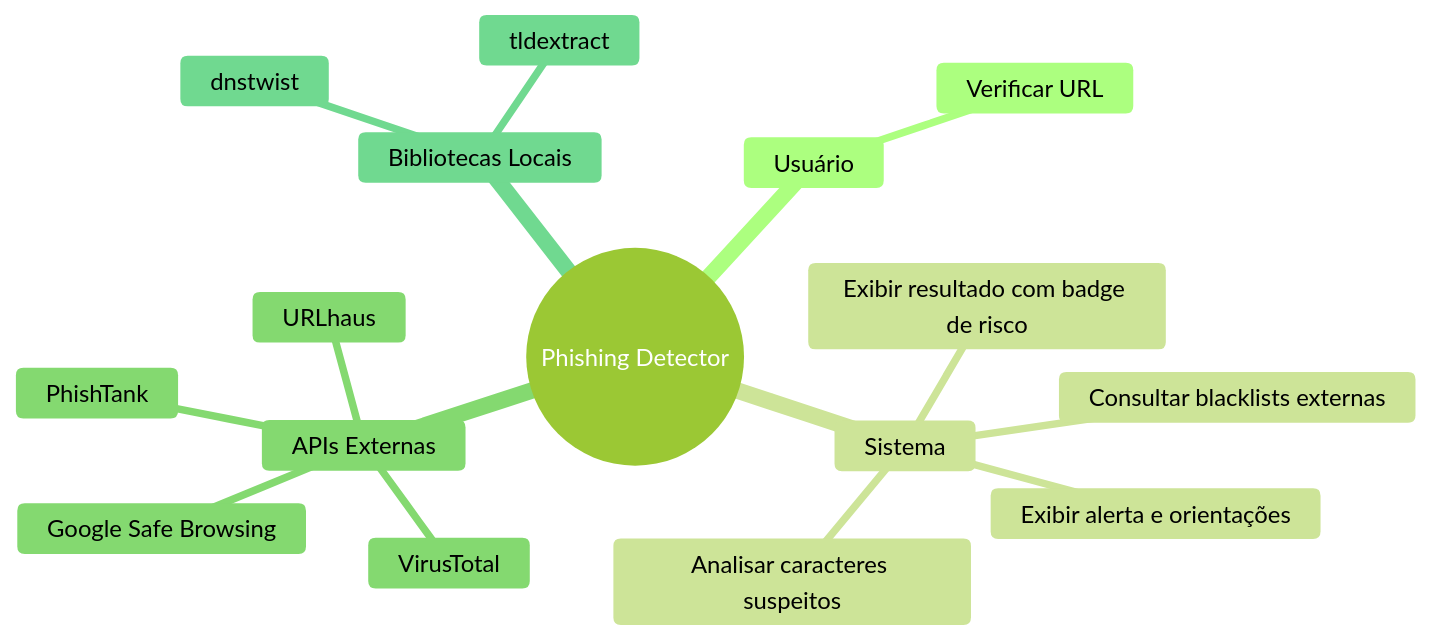
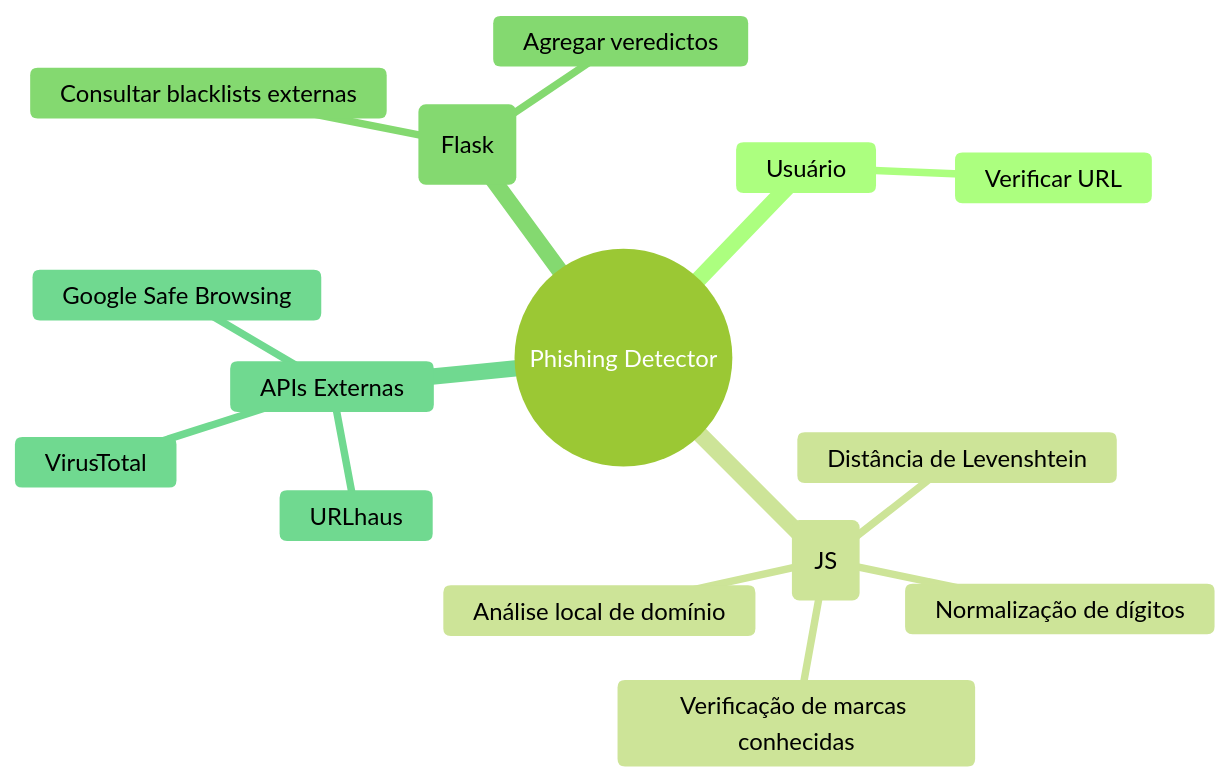
The first of 2 diagrams in docs/readme.md (LeoGotardo/phising), drawn with Mermaid (forest theme) before and after one commit. The commit also changed other lines of this file and 4 other files, not shown here.

````diff
--- a/docs/readme.md
+++ b/docs/readme.md
@@ -9,19 +9,18 @@
 ```mermaid
 mindmap
   root((Phishing Detector))
     Usuário
       Verificar URL
-    Sistema
-      Analisar caracteres suspeitos
+    Frontend (JS)
+      Análise local de domínio
+      Normalização de dígitos
+      Distância de Levenshtein
+      Verificação de marcas conhecidas
+    Backend (Flask)
       Consultar blacklists externas
-      Exibir resultado com badge de risco
-      Exibir alerta e orientações
+      Agregar veredictos
     APIs Externas
       Google Safe Browsing
       VirusTotal
-      PhishTank
       URLhaus
-    Bibliotecas Locais
-      dnstwist
-      tldextract
 ```
````
